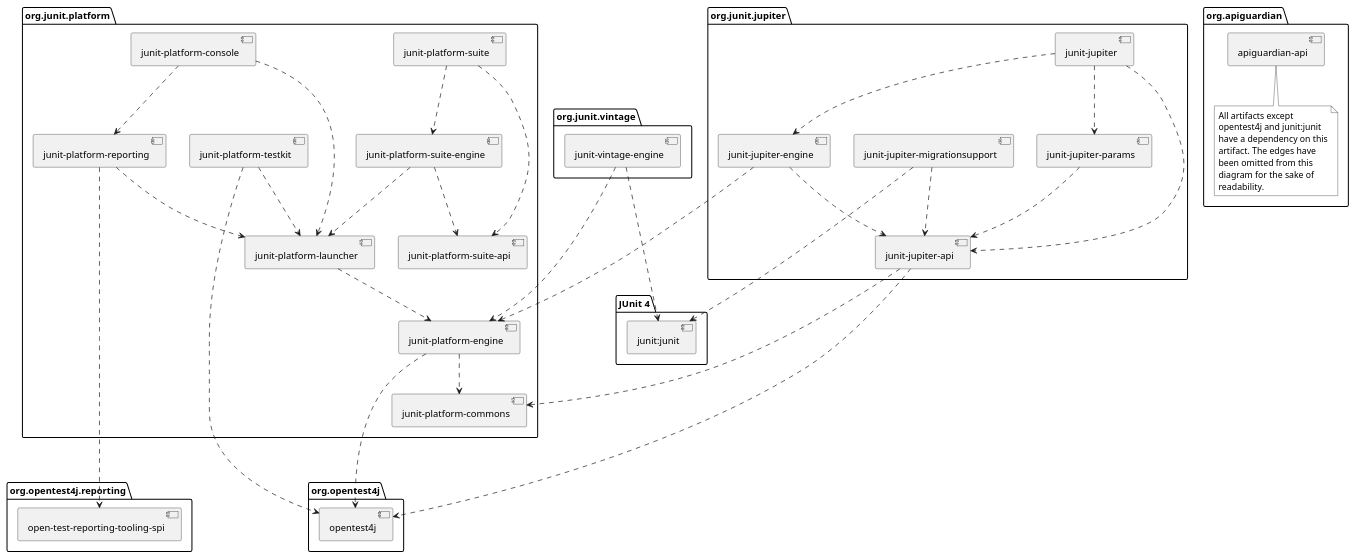
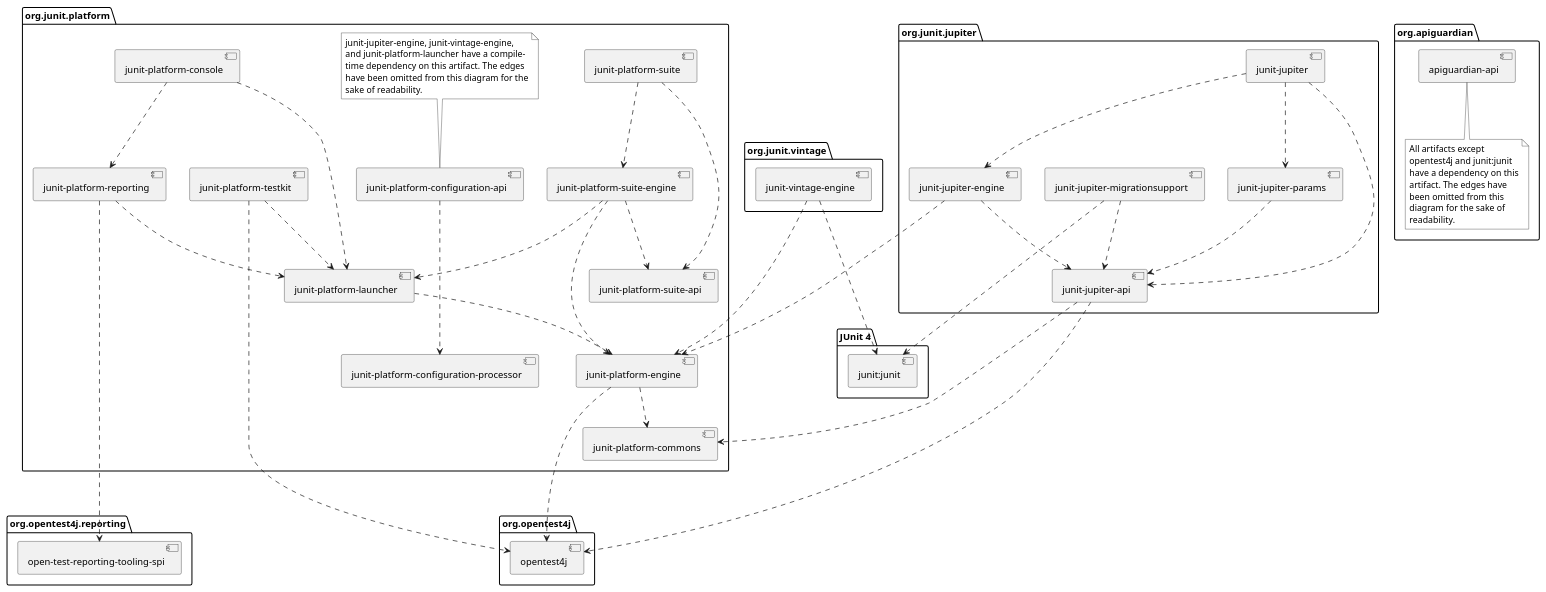
The diagram in documentation/src/plantuml/component-diagram.puml (junit-team/junit-framework), drawn with PlantUML before and after one commit. The commit also changed 1 other file, not shown here.

```diff
--- a/documentation/src/plantuml/component-diagram.puml
+++ b/documentation/src/plantuml/component-diagram.puml
@@ -1,93 +1,105 @@
 @startuml
 
 skinparam {
     defaultFontName sans-serif
 }
 
 package org.junit.jupiter {
     [junit-jupiter] as jupiter
     [junit-jupiter-api] as jupiter_api
     [junit-jupiter-engine] as jupiter_engine
     [junit-jupiter-params] as jupiter_params
     [junit-jupiter-migrationsupport] as jupiter_migration_support
 }
 
 package org.junit.vintage {
     [junit-vintage-engine] as vintage_engine
 }
 
 package org.junit.platform {
     [junit-platform-commons] as commons
+    [junit-platform-configuration-api] as configuration_api
+    note top of configuration_api #white
+        junit-jupiter-engine, junit-vintage-engine,
+        and junit-platform-launcher have a compile-
+        time dependency on this artifact. The edges
+        have been omitted from this diagram for the
+        sake of readability.
+    endnote
+    [junit-platform-configuration-processor] as configuration_processor
     [junit-platform-console] as console
     [junit-platform-engine] as engine
     [junit-platform-launcher] as launcher
     [junit-platform-reporting] as reporting
     [junit-platform-suite] as suite
     [junit-platform-suite-api] as suite_api
     [junit-platform-suite-engine] as suite_engine
     [junit-platform-testkit] as testkit
 }
 
 package "JUnit 4" {
     [junit:junit] as junit4
 }
 
 package org.opentest4j {
     [opentest4j]
 }
 
 package org.opentest4j.reporting {
     [open-test-reporting-tooling-spi] as otr_tooling_spi
 }
 
 package org.apiguardian {
     [apiguardian-api] as apiguardian
     note bottom of apiguardian #white
         All artifacts except
         opentest4j and junit:junit
         have a dependency on this
         artifact. The edges have
         been omitted from this
         diagram for the sake of
         readability.
     endnote
 }
 
 jupiter ..> jupiter_api
 jupiter ..> jupiter_params
 jupiter ..> jupiter_engine
 
 jupiter_api ....> opentest4j
 jupiter_api ...> commons
 
 jupiter_engine ...> engine
 jupiter_engine ..> jupiter_api
 
 jupiter_params ..> jupiter_api
 jupiter_migration_support ..> jupiter_api
 jupiter_migration_support ...> junit4
 
+configuration_api ...> configuration_processor
+
 console ..> launcher
 console ..> reporting
 
 launcher ..> engine
 
 engine ....> opentest4j
 engine ..> commons
 
 reporting ..> launcher
 reporting ......> otr_tooling_spi
 
 suite ..> suite_api
 suite ..> suite_engine
 
 suite_engine ..> launcher
 suite_engine ..> suite_api
+suite_engine ..> engine
 
 testkit ....> opentest4j
 testkit ..> launcher
 
 vintage_engine ...> engine
 vintage_engine ..> junit4
 
 @enduml
```
